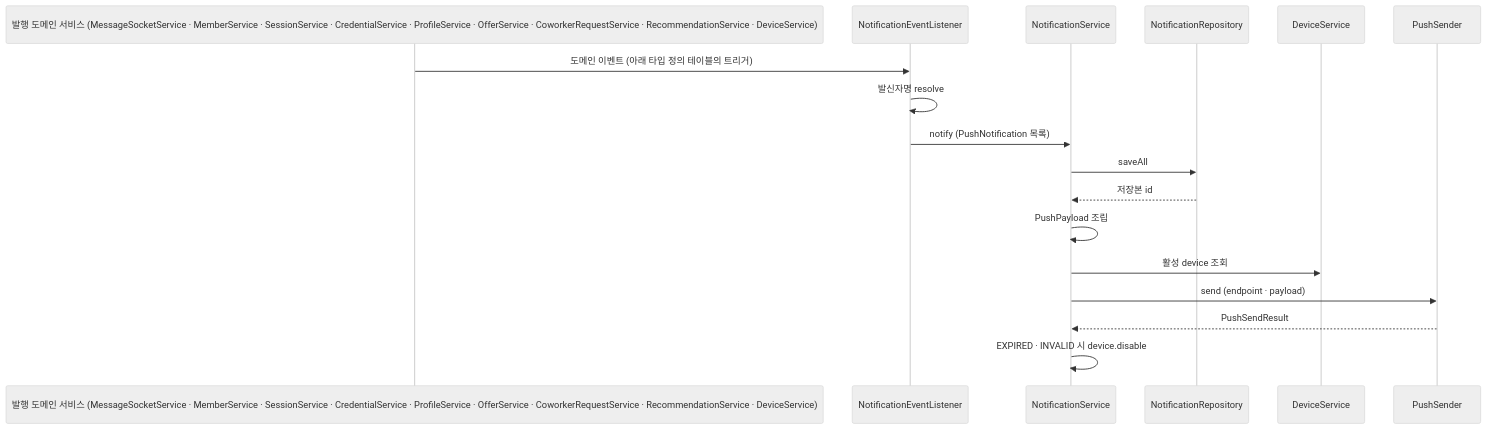
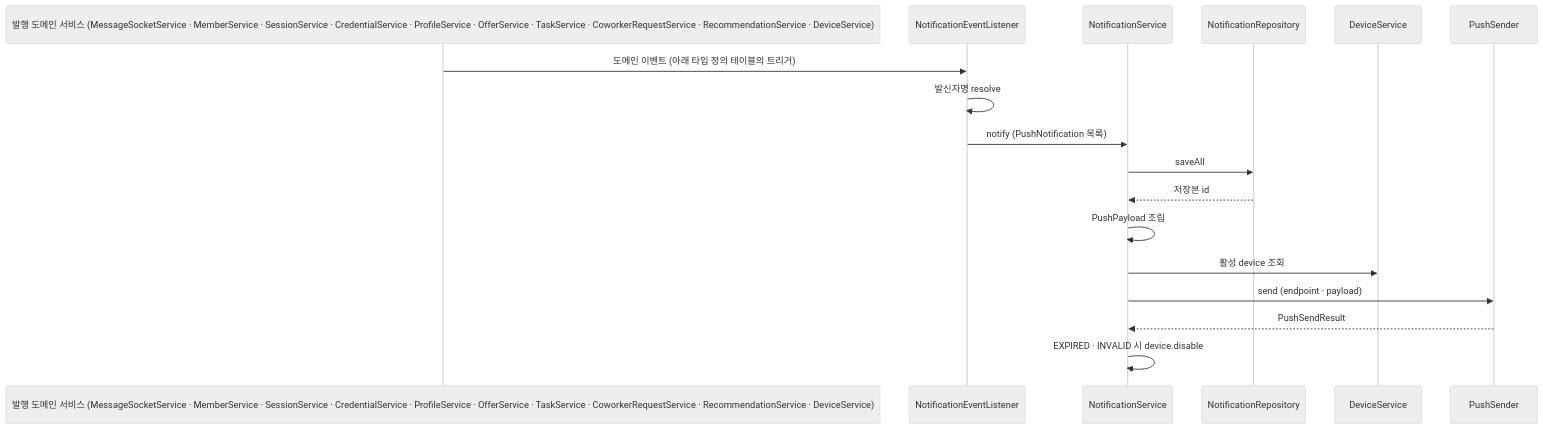
Before and after one commit to mortonCareer/bconnect: the first of 2 diagrams in apps/api/docs/notification-architecture.md, drawn with Mermaid (neutral theme). The commit also changed other lines of this file and 6 other files, not shown here.

````diff
--- a/apps/api/docs/notification-architecture.md
+++ b/apps/api/docs/notification-architecture.md
@@ -7,20 +7,20 @@
 ```mermaid
 sequenceDiagram
-    participant Pub as 발행 도메인 서비스 (MessageSocketService · MemberService · SessionService · CredentialService · ProfileService · OfferService · CoworkerRequestService · RecommendationService · DeviceService)
+    participant Pub as 발행 도메인 서비스 (MessageSocketService · MemberService · SessionService · CredentialService · ProfileService · OfferService · TaskService · CoworkerRequestService · RecommendationService · DeviceService)
     participant Listener as NotificationEventListener
     participant Svc as NotificationService
     participant Repo as NotificationRepository
     participant Device as DeviceService
     participant Sender as PushSender
 
     Pub->>Listener: 도메인 이벤트 (아래 타입 정의 테이블의 트리거)
     Listener->>Listener: 발신자명 resolve
     Listener->>Svc: notify (PushNotification 목록)
     Svc->>Repo: saveAll
     Repo-->>Svc: 저장본 id
     Svc->>Svc: PushPayload 조립
     Svc->>Device: 활성 device 조회
     Svc->>Sender: send (endpoint · payload)
     Sender-->>Svc: PushSendResult
     Svc->>Svc: EXPIRED · INVALID 시 device.disable
 ```
````
